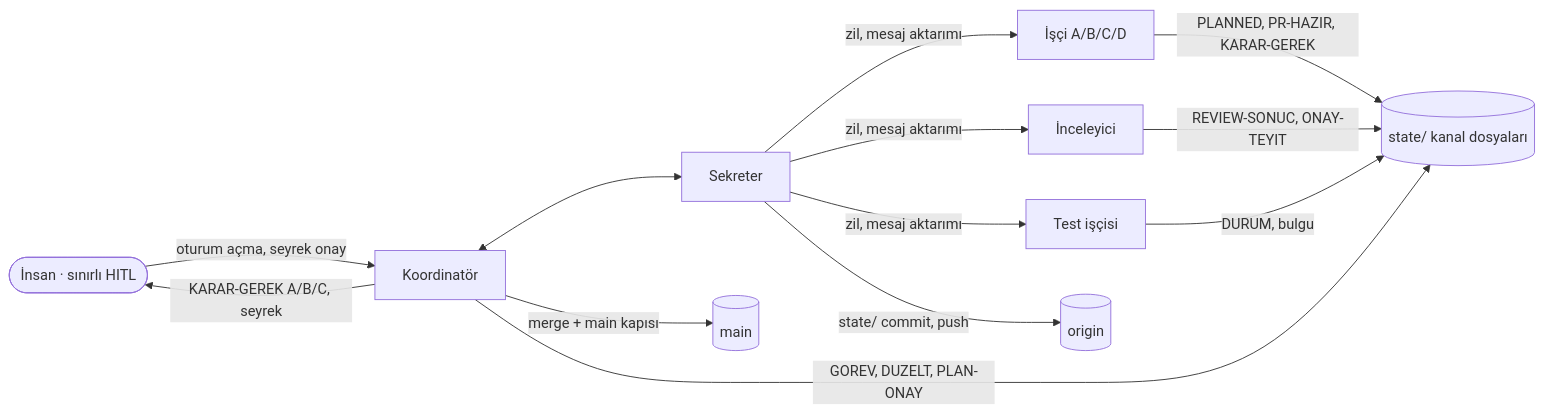
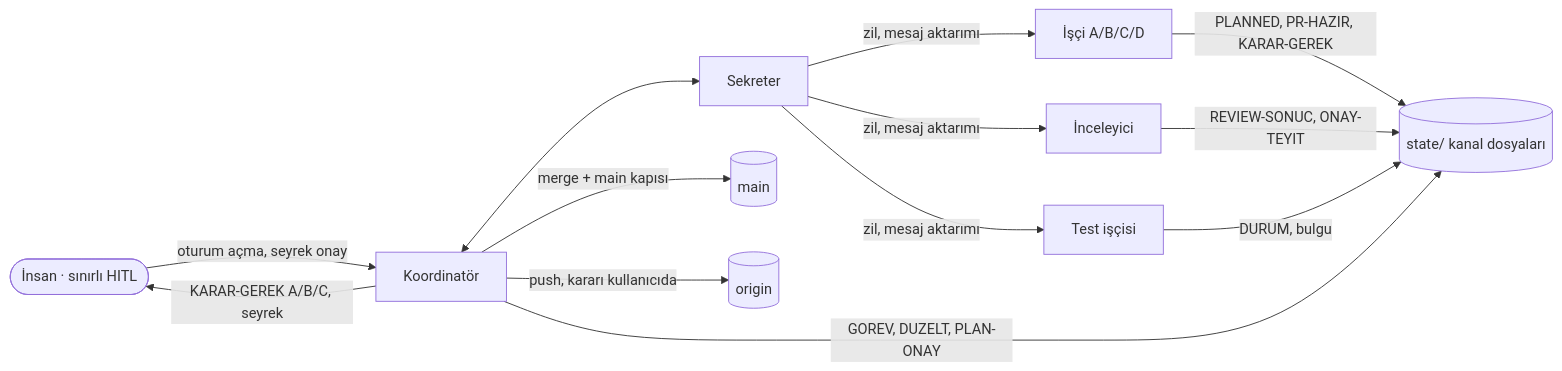
The second of 6 diagrams in docs/takim/ajanlarla-gelistirme.md (caglarsahin-AI/ffCore), drawn with Mermaid before and after one commit. The commit also changed other lines of this file and 5 other files, not shown here.

````diff
--- a/docs/takim/ajanlarla-gelistirme.md
+++ b/docs/takim/ajanlarla-gelistirme.md
@@ -72,15 +72,15 @@
 ```mermaid
 flowchart LR
     U([İnsan · sınırlı HITL]) -- oturum açma, seyrek onay --> K[Koordinatör]
     K -- KARAR-GEREK A/B/C, seyrek --> U
     K <--> S[Sekreter]
     S -- zil, mesaj aktarımı --> I[İşçi A/B/C/D]
     S -- zil, mesaj aktarımı --> R[İnceleyici]
     S -- zil, mesaj aktarımı --> T[Test işçisi]
     I -- PLANNED, PR-HAZIR, KARAR-GEREK --> ST[(state/ kanal dosyaları)]
     R -- REVIEW-SONUC, ONAY-TEYIT --> ST
     T -- DURUM, bulgu --> ST
     K -- GOREV, DUZELT, PLAN-ONAY --> ST
     K -- merge + main kapısı --> M[(main)]
-    S -- state/ commit, push --> O[(origin)]
+    K -- push, kararı kullanıcıda --> O[(origin)]
 ```
````
